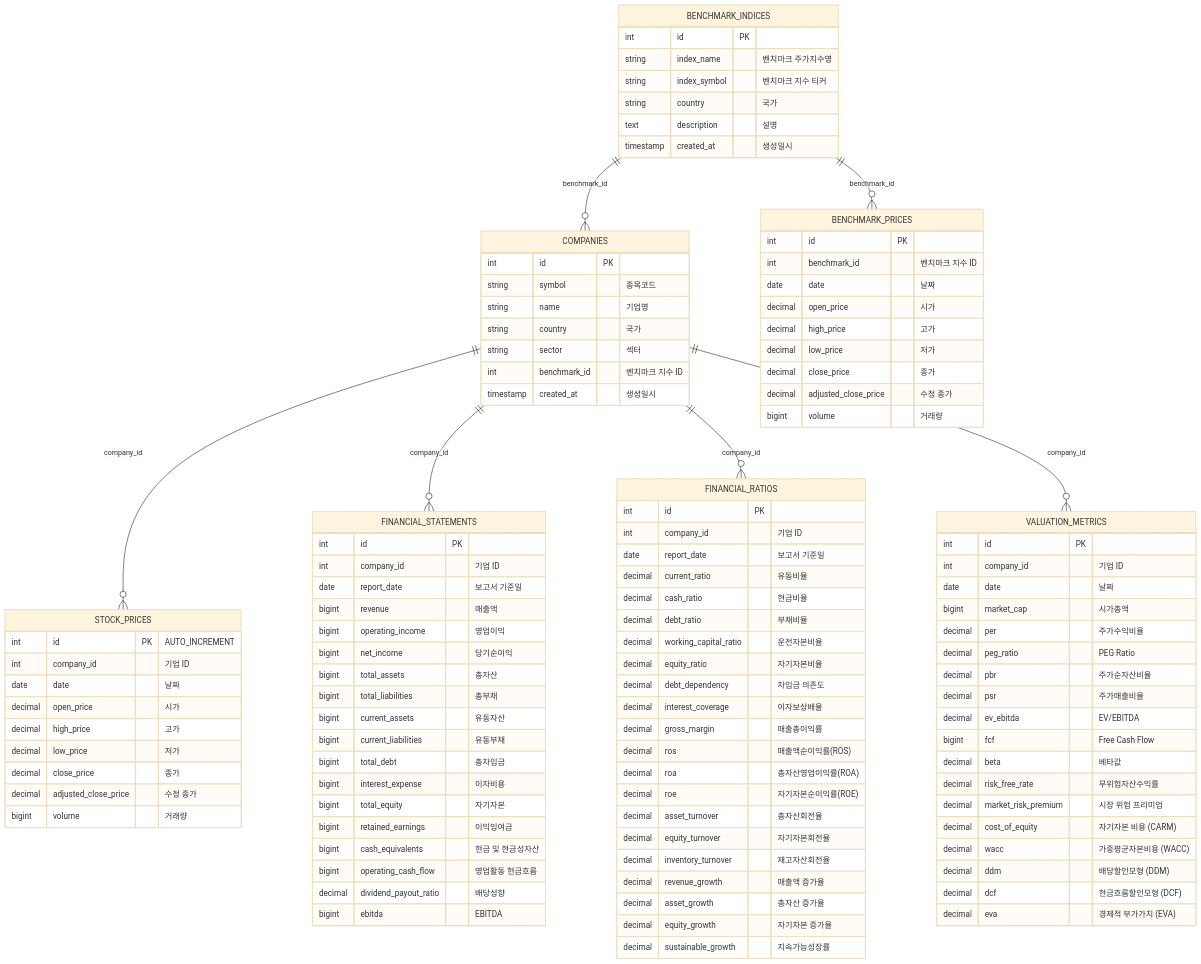
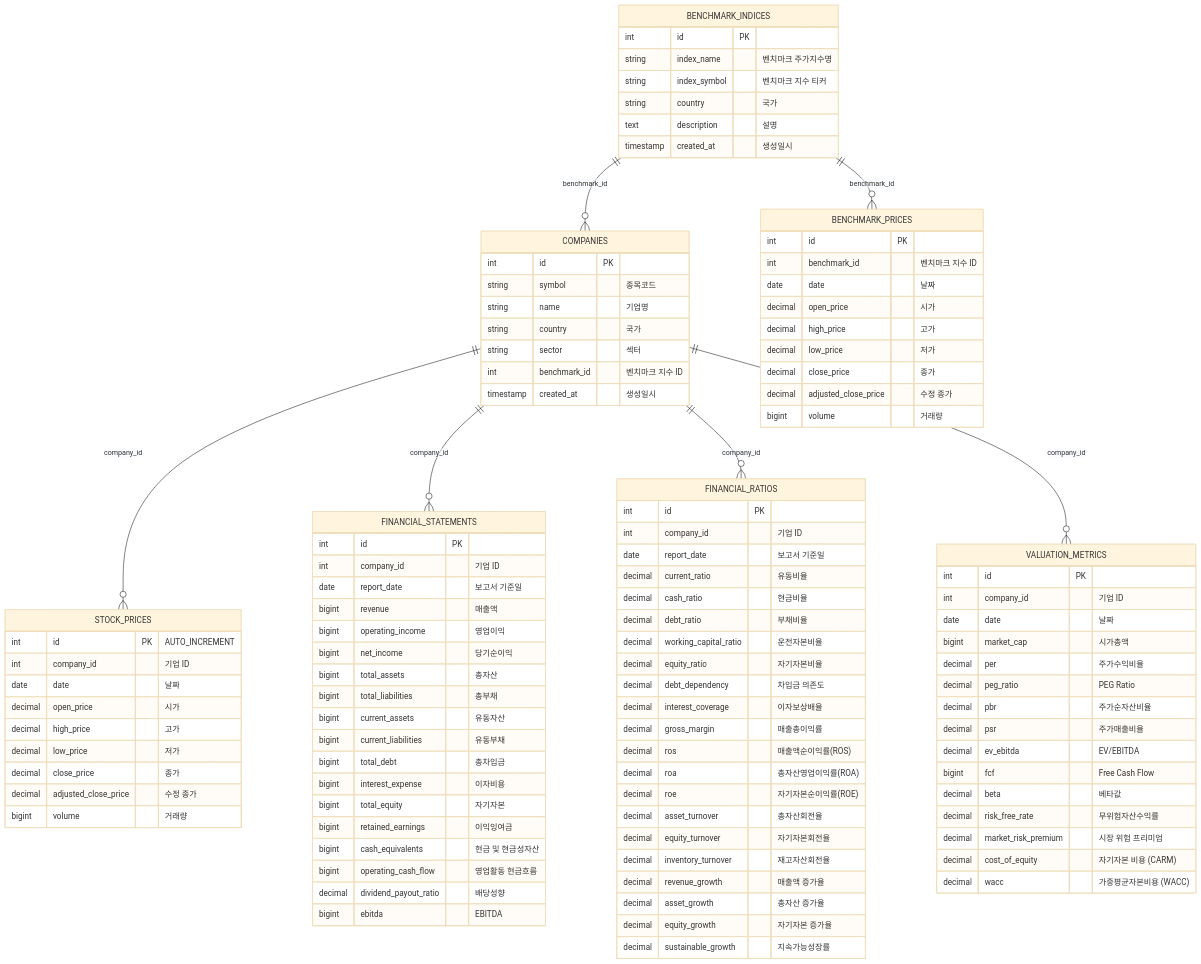
One commit to Donggyu-Kim1/stock_data changed the diagram in README.md. Above: the diagram before and after it, drawn with Mermaid (base theme). The commit also changed 3 other files, not shown here.

```diff
--- a/README.md
+++ b/README.md
@@ -227,9 +227,6 @@
         decimal market_risk_premium "시장 위험 프리미엄"
         decimal cost_of_equity "자기자본 비용 (CARM)"
         decimal wacc "가중평균자본비용 (WACC)"
-        decimal ddm "배당할인모형 (DDM)"
-        decimal dcf "현금흐름할인모형 (DCF)"
-        decimal eva "경제적 부가가치 (EVA)"
     }
 
     BENCHMARK_INDICES {
```
